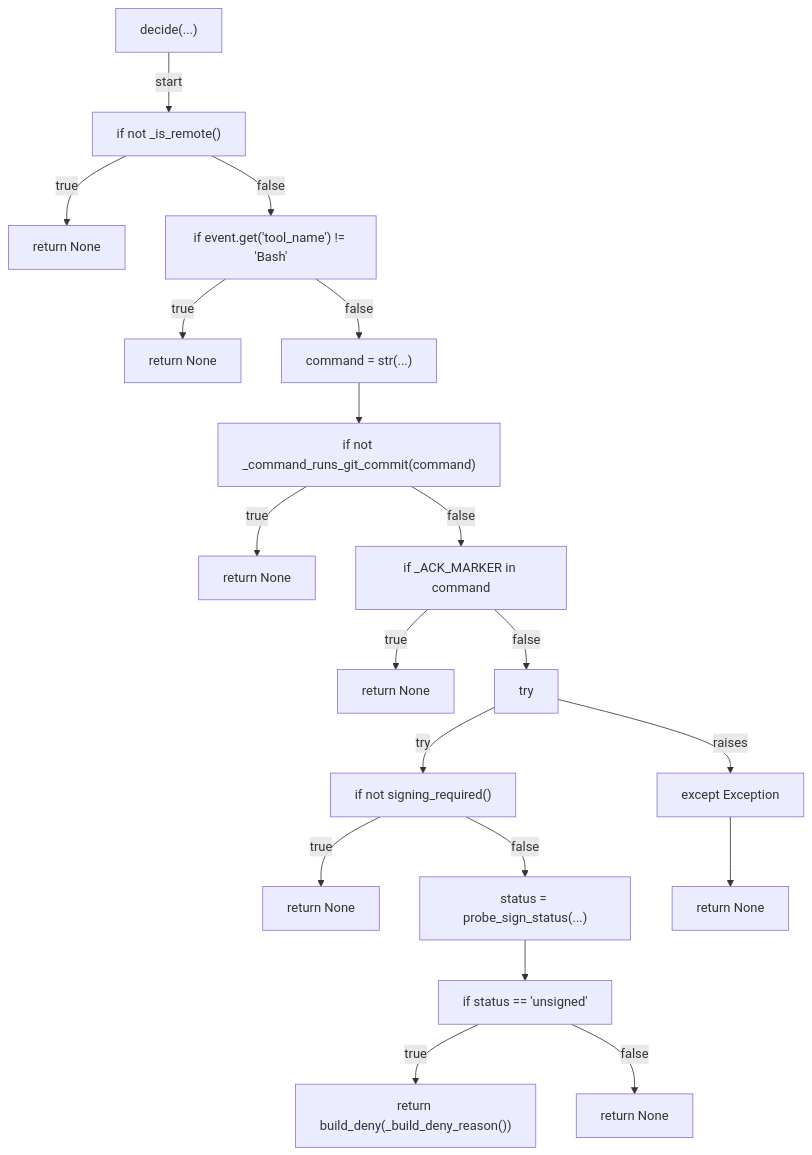
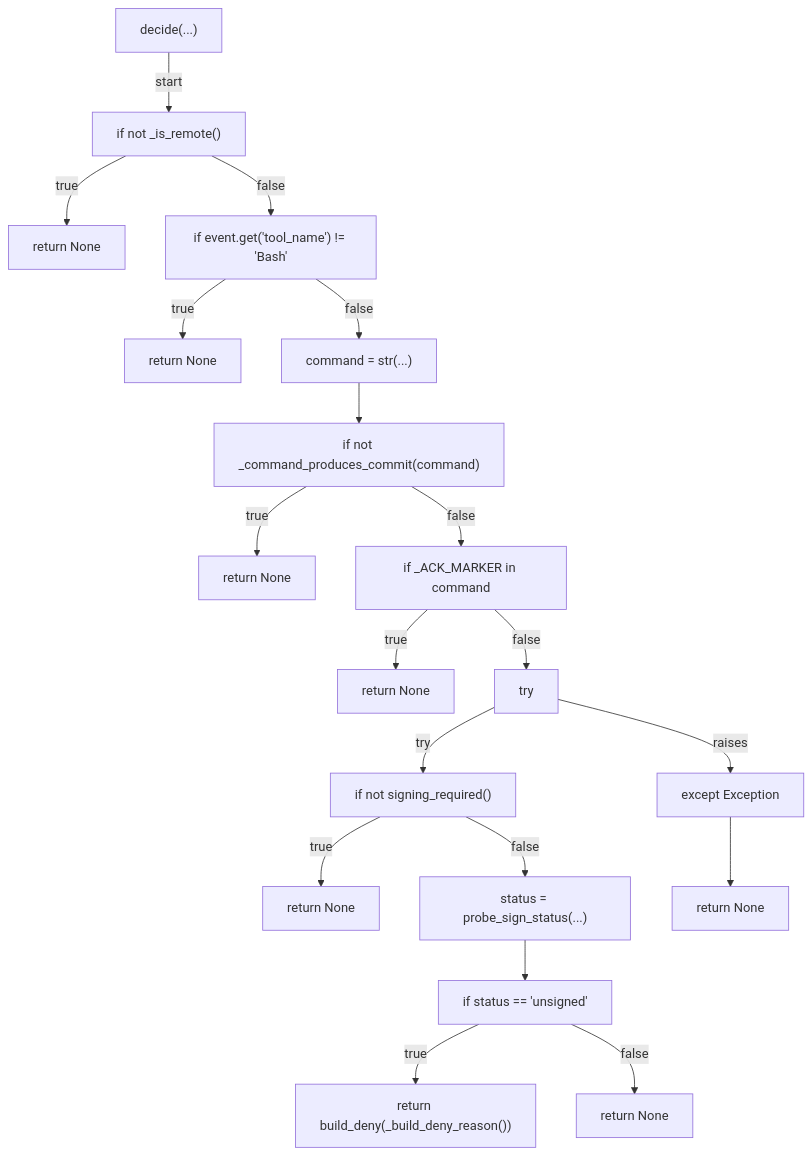
Before and after one commit to tvna/claude-md: the tenth of 12 diagrams in docs/generated/scripts/ast/check_commit_signing_ready.md, drawn with Mermaid. The commit also changed other lines of this file and 4 other files, not shown here.

First line of the commit message:
docs(generated): regenerate decision tree and workflow diagrams

````diff
--- a/docs/generated/scripts/ast/check_commit_signing_ready.md
+++ b/docs/generated/scripts/ast/check_commit_signing_ready.md
@@ -195,40 +197,40 @@
 ```mermaid
 flowchart TD
     N001["decide(...)"]
     N002["if not _is_remote()"]
     N003["return None"]
     N004["if event.get('tool_name') != 'Bash'"]
     N005["return None"]
     N006["command = str(...)"]
-    N007["if not _command_runs_git_commit(command)"]
+    N007["if not _command_produces_commit(command)"]
     N008["return None"]
     N009["if _ACK_MARKER in command"]
     N010["return None"]
     N011["try"]
     N012["if not signing_required()"]
     N013["return None"]
     N014["status = probe_sign_status(...)"]
     N015["except Exception"]
     N016["return None"]
     N017["if status == 'unsigned'"]
     N018["return build_deny(_build_deny_reason())"]
     N019["return None"]
     N001 -->|"start"| N002
     N002 -->|"true"| N003
     N002 -->|"false"| N004
     N004 -->|"true"| N005
     N004 -->|"false"| N006
     N006 --> N007
     N007 -->|"true"| N008
     N007 -->|"false"| N009
     N009 -->|"true"| N010
     N009 -->|"false"| N011
     N011 -->|"try"| N012
     N012 -->|"true"| N013
     N012 -->|"false"| N014
     N011 -->|"raises"| N015
     N015 --> N016
     N014 --> N017
     N017 -->|"true"| N018
     N017 -->|"false"| N019
 ```
````
